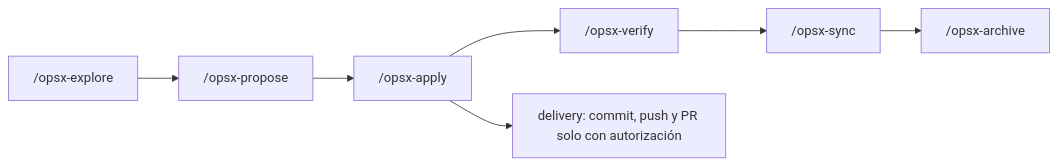
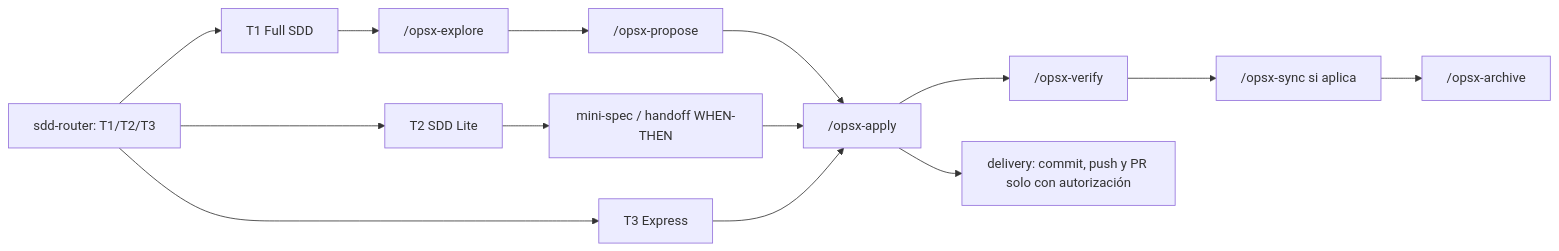
Before and after one commit to adrotech/lufy-ai: the diagram in README.md, drawn with Mermaid. The commit also changed other lines of this file and 36 other files, not shown here.

Commit message:
feat: add proportional SDD router harness

````diff
--- a/README.md
+++ b/README.md
@@ -150,9 +153,16 @@
 ```mermaid
 flowchart LR
-    A["/opsx-explore"] --> B["/opsx-propose"]
+    R["sdd-router: T1/T2/T3"] --> T1["T1 Full SDD"]
+    R --> T2["T2 SDD Lite"]
+    R --> T3["T3 Express"]
+    T1 --> A["/opsx-explore"]
+    A --> B["/opsx-propose"]
     B --> C["/opsx-apply"]
+    T2 --> L["mini-spec / handoff WHEN-THEN"]
+    L --> C
+    T3 --> C
     C --> D["/opsx-verify"]
-    D --> E["/opsx-sync"]
+    D --> E["/opsx-sync si aplica"]
     E --> F["/opsx-archive"]
     C --> G["delivery: commit, push y PR solo con autorización"]
 ```
````
